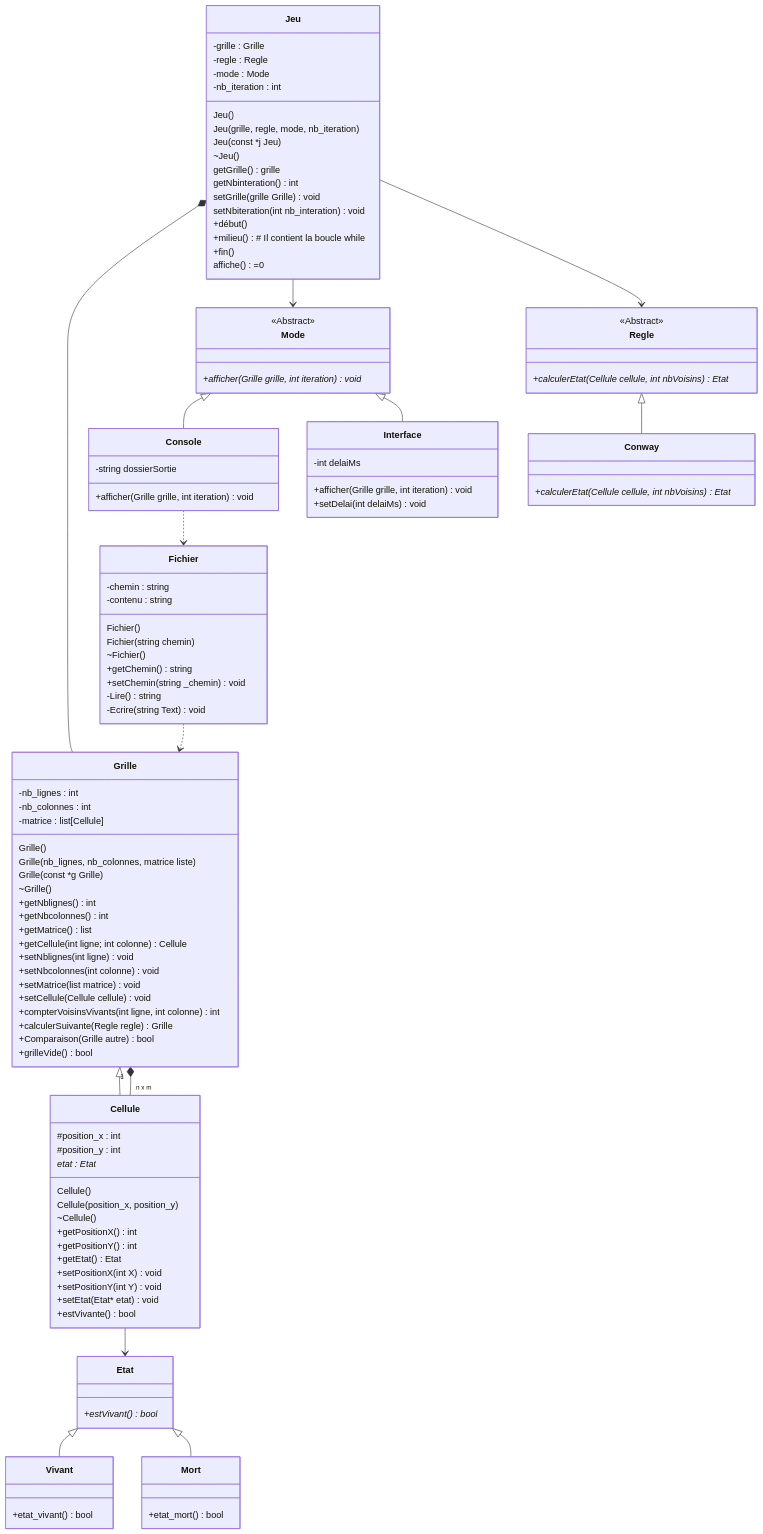
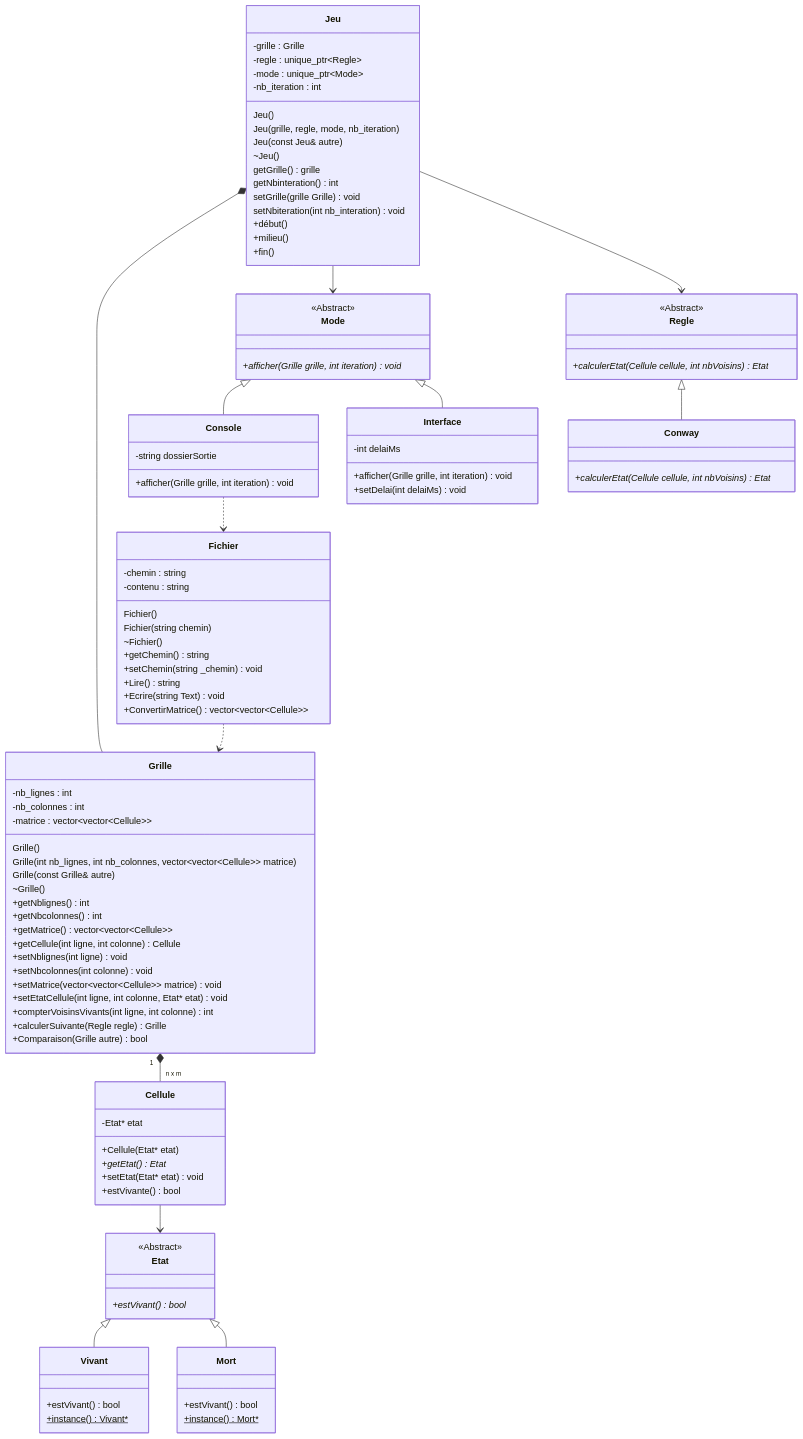
One commit to nolan2r/Jeu-de-la-vie changed the first of 3 diagrams in README.md. Above: the diagram before and after it, drawn with Mermaid. The commit also changed other lines of this file, not shown here.

Commit message:
Diagrammes

```diff
--- a/README.md
+++ b/README.md
@@ -7,13 +7,13 @@
 
     class Jeu{
         -grille : Grille
-        -regle : Regle
-        -mode : Mode
+        -regle : unique_ptr~Regle~
+        -mode : unique_ptr~Mode~
         -nb_iteration : int
         
         Jeu()
         Jeu(grille, regle, mode, nb_iteration)
-        Jeu(const *j Jeu)
+        Jeu(const Jeu& autre)
         ~Jeu()
 
         getGrille() grille
@@ -23,67 +23,55 @@
         setNbiteration(int nb_interation) void
 
         +début()
-        +milieu() # Il contient la boucle while 
+        +milieu()  
         +fin()
-
-        affiche()=0 
     }
 
     class Grille{
         -nb_lignes : int
         -nb_colonnes : int 
-        -matrice : list[Cellule]
+        -matrice : vector~vector~Cellule~~
 
         Grille()
-        Grille(nb_lignes, nb_colonnes, matrice liste)
-        Grille(const *g Grille)
+        Grille(int nb_lignes, int nb_colonnes, vector~vector~Cellule~~ matrice)
+        Grille(const Grille& autre)
         ~Grille()
 
         +getNblignes() int
         +getNbcolonnes() int
-        +getMatrice() list
-        +getCellule(int ligne; int colonne) Cellule
+        +getMatrice() vector~vector~Cellule~~
+        +getCellule(int ligne, int colonne) Cellule
         
         +setNblignes(int ligne) void
         +setNbcolonnes(int colonne) void
-        +setMatrice(list matrice) void
-        +setCellule(Cellule cellule) void
+        +setMatrice(vector~vector~Cellule~~ matrice) void
+        +setEtatCellule(int ligne, int colonne, Etat* etat) void
 
         +compterVoisinsVivants(int ligne, int colonne) int
         +calculerSuivante(Regle regle) Grille
         +Comparaison(Grille autre) bool
-        +grilleVide() bool
     }
 
     class Cellule{
-        #position_x : int
-        #position_y : int
-        etat : Etat*
-
-        Cellule()
-        Cellule(position_x, position_y)
-        ~Cellule()
-
-        +getPositionX() int
-        +getPositionY() int
-        +getEtat() Etat
-
-        +setPositionX(int X) void
-        +setPositionY(int Y) void 
+        -Etat* etat
+        +Cellule(Etat* etat)
+        +getEtat() Etat*
         +setEtat(Etat* etat) void
-
         +estVivante() bool
     }
 
-    class Vivant{
-        +etat_vivant() bool
+    class Vivant {
+        +estVivant() bool
+        +instance() Vivant*$
     }
 
-    class Mort{
-        +etat_mort() bool
+    class Mort {
+        +estVivant() bool
+        +instance() Mort*$
     }
 
     class Etat{
+        <<Abstract>>
         +estVivant() bool*
     }
 
@@ -98,8 +86,9 @@
         +getChemin() string
         +setChemin(string _chemin) void
 
-        -Lire() string
-        -Ecrire(string Text) void
+        +Lire() string
+        +Ecrire(string Text) void
+        +ConvertirMatrice() vector~vector~Cellule~~
     }
 
     class Mode{
@@ -133,7 +122,6 @@
 Jeu-->Regle
 Mode<|--Console
 Mode<|--Interface
-Grille<|--Cellule
 Fichier ..> Grille
 Console ..> Fichier
 Cellule-->Etat
```
